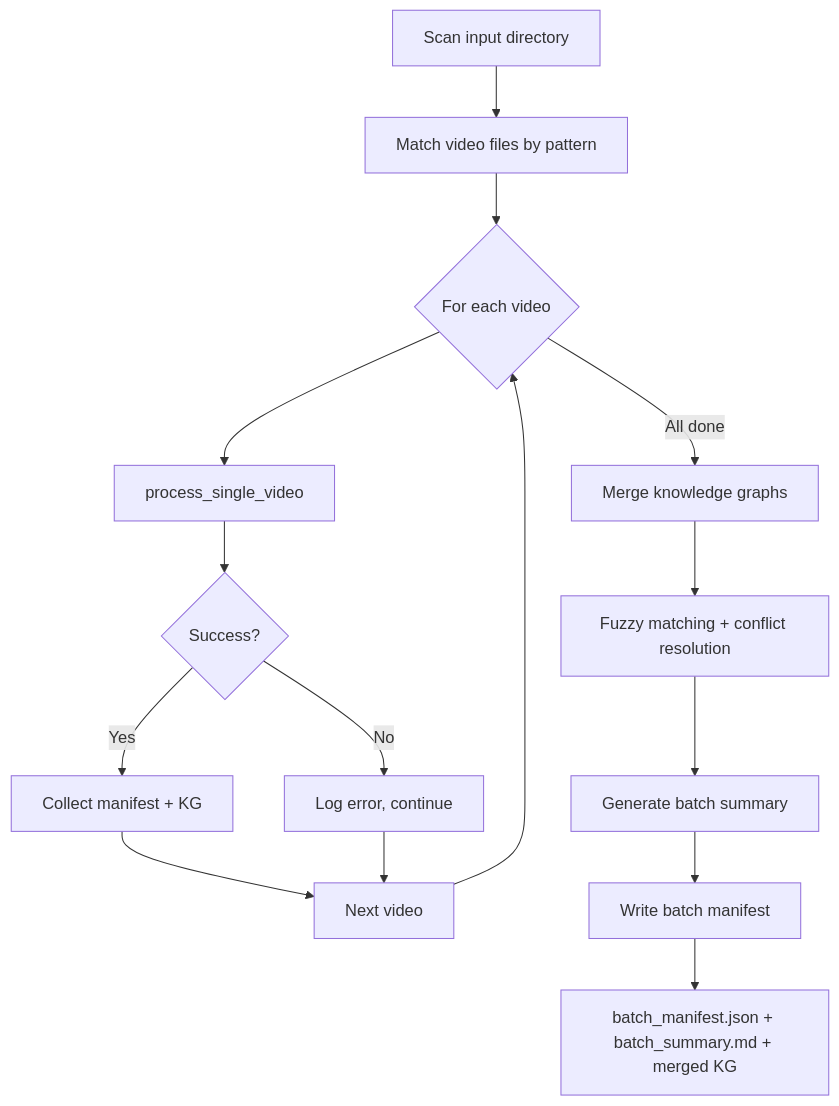
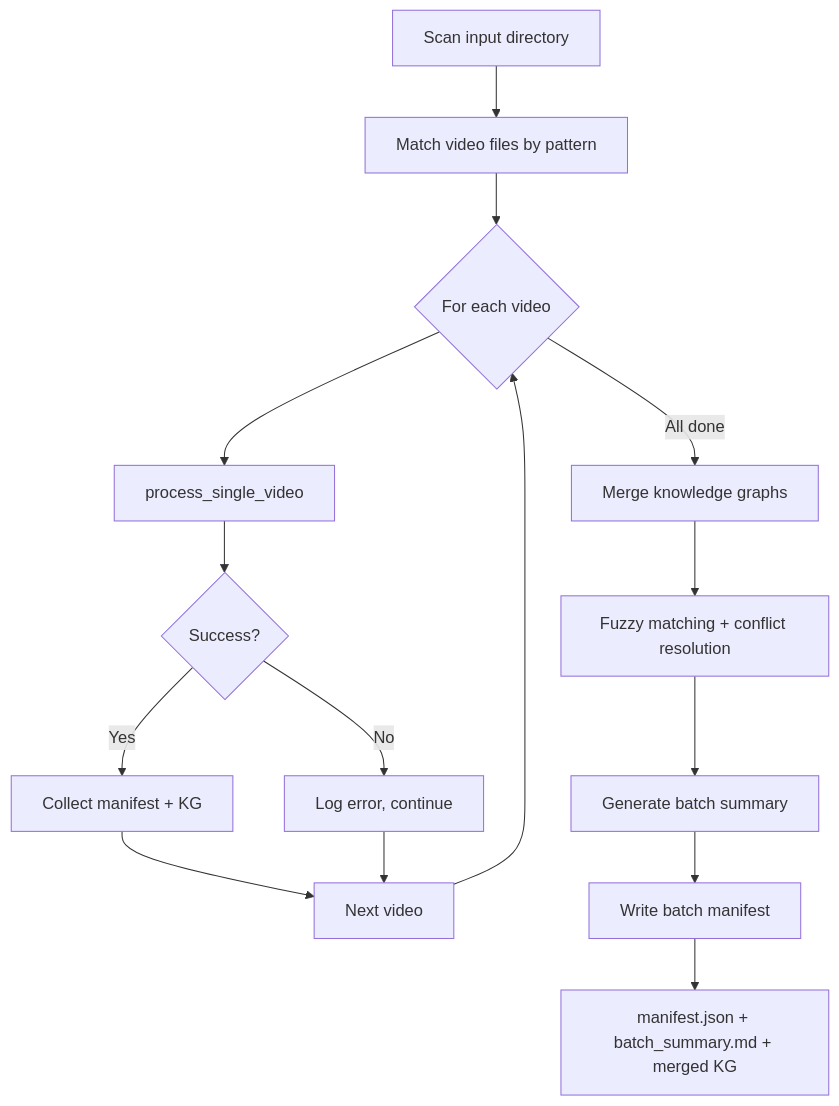
Before and after one commit to ConflictHQ/PlanOpticon: the second of 7 diagrams in docs/architecture/pipeline.md, drawn with Mermaid. The commit also changed 7 other files, not shown here.

First line of the commit message:
Sync batch output docs with shipped manifest layout

````diff
--- a/docs/architecture/pipeline.md
+++ b/docs/architecture/pipeline.md
@@ -90,17 +90,17 @@
 ```mermaid
 flowchart TD
     A[Scan input directory] --> B[Match video files by pattern]
     B --> C{For each video}
     C --> D[process_single_video]
     D --> E{Success?}
     E -->|Yes| F[Collect manifest + KG]
     E -->|No| G[Log error, continue]
     F --> H[Next video]
     G --> H
     H --> C
     C -->|All done| I[Merge knowledge graphs]
     I --> J[Fuzzy matching + conflict resolution]
     J --> K[Generate batch summary]
     K --> L[Write batch manifest]
-    L --> M[batch_manifest.json + batch_summary.md + merged KG]
+    L --> M[manifest.json + batch_summary.md + merged KG]
 ```
````
